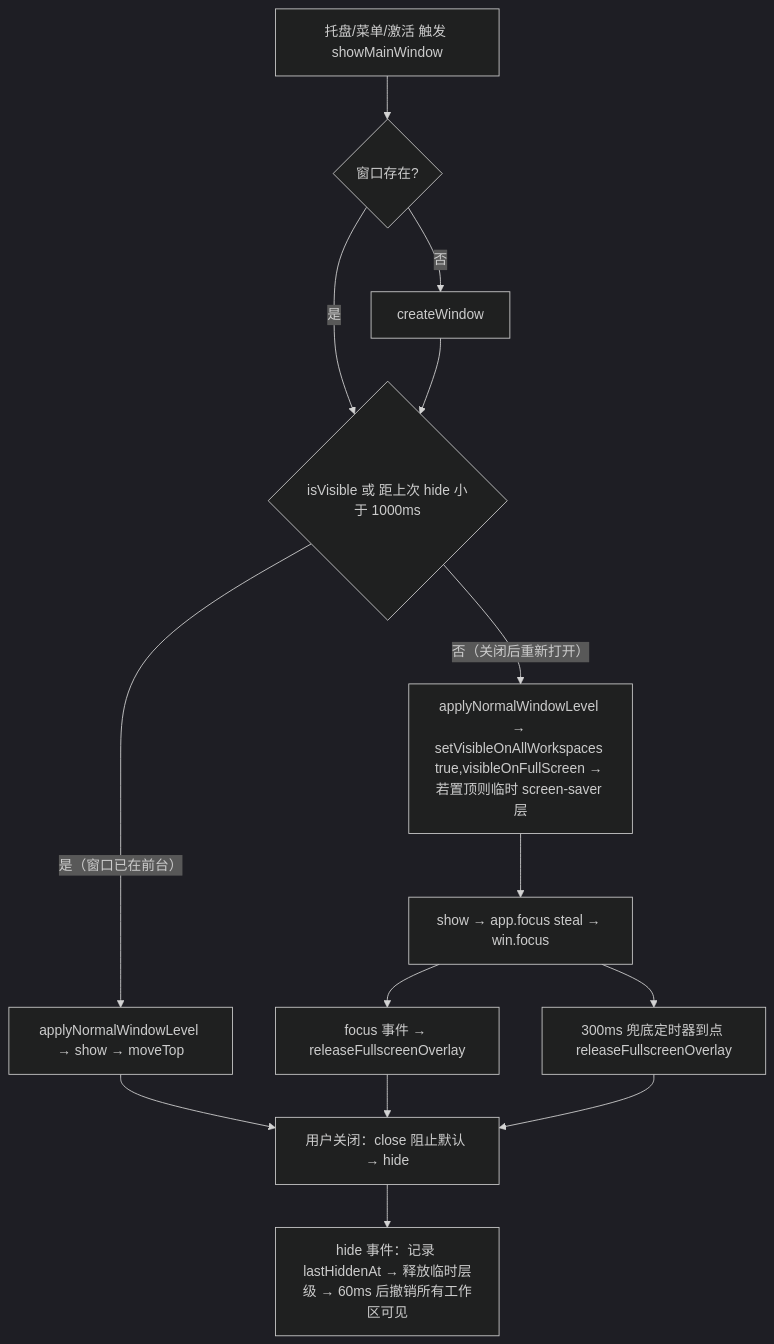
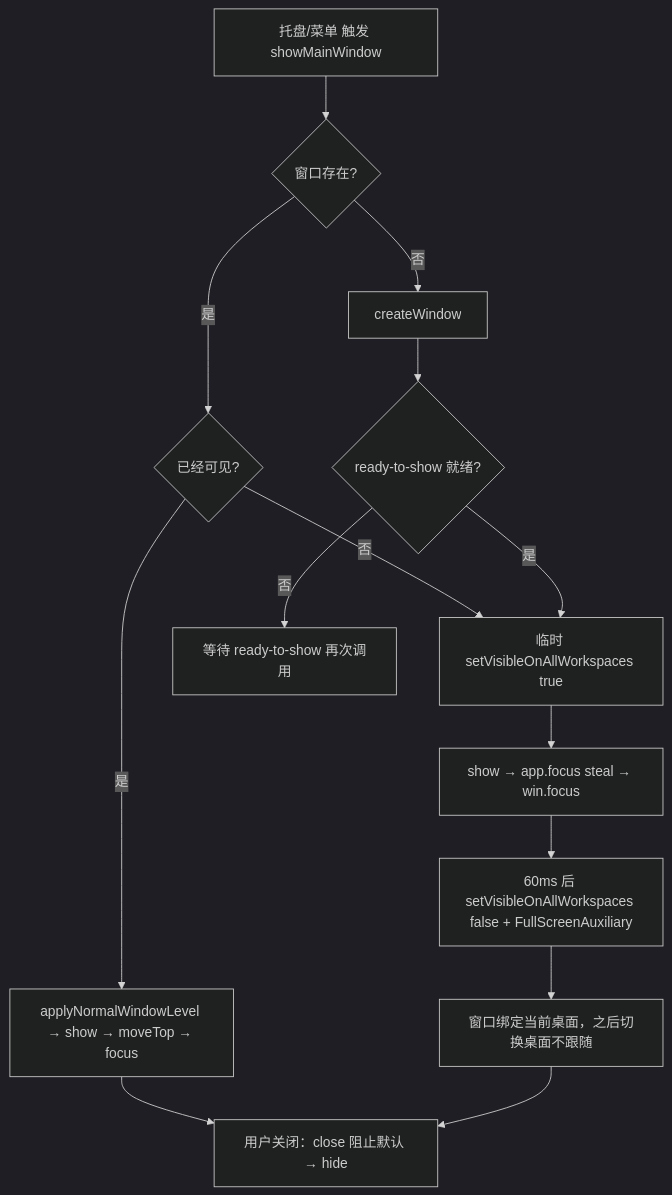
The second of 2 diagrams in docs/prd/01-product-architecture.md (the-writer/creative-workshop), drawn with Mermaid (dark theme) before and after one commit. The commit also changed other lines of this file and 27 other files, not shown here.

````diff
--- a/docs/prd/01-product-architecture.md
+++ b/docs/prd/01-product-architecture.md
@@ -82,16 +83,16 @@
 ```mermaid
 flowchart TD
-  A[托盘/菜单/激活 触发 showMainWindow] --> B{窗口存在?}
+  A[托盘/菜单 触发 showMainWindow] --> B{窗口存在?}
   B -- 否 --> C[createWindow]
-  B -- 是 --> D{isVisible 或 距上次 hide 小于 1000ms}
-  C --> D
-  D -- 是（窗口已在前台）--> E[applyNormalWindowLevel → show → moveTop]
-  D -- 否（关闭后重新打开）--> F[applyNormalWindowLevel → setVisibleOnAllWorkspaces true,visibleOnFullScreen → 若置顶则临时 screen-saver 层]
-  F --> G[show → app.focus steal → win.focus]
-  G --> H[300ms 兜底定时器到点 releaseFullscreenOverlay]
-  G --> I[focus 事件 → releaseFullscreenOverlay]
-  E --> J[用户关闭：close 阻止默认 → hide]
-  I --> J
-  H --> J
-  J --> K[hide 事件：记录 lastHiddenAt → 释放临时层级 → 60ms 后撤销所有工作区可见]
+  B -- 是 --> D{已经可见?}
+  C --> E{ready-to-show 就绪?}
+  D -- 是 --> F[applyNormalWindowLevel → show → moveTop → focus]
+  D -- 否 --> G[临时 setVisibleOnAllWorkspaces true]
+  E -- 否 --> H[等待 ready-to-show 再次调用]
+  E -- 是 --> G
+  G --> I[show → app.focus steal → win.focus]
+  I --> J[60ms 后 setVisibleOnAllWorkspaces false + FullScreenAuxiliary]
+  J --> K[窗口绑定当前桌面，之后切换桌面不跟随]
+  F --> L[用户关闭：close 阻止默认 → hide]
+  K --> L
 ```
````
